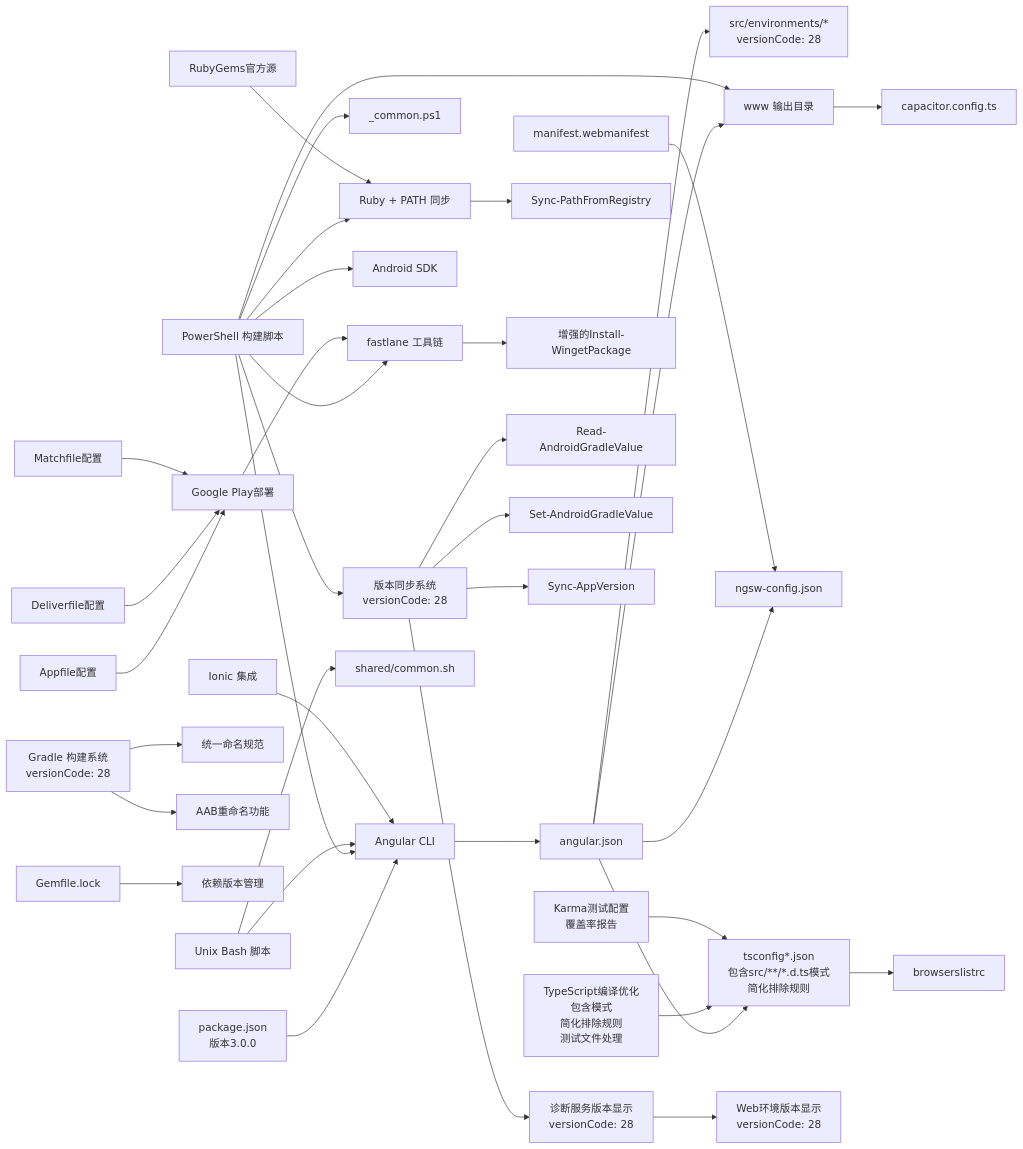
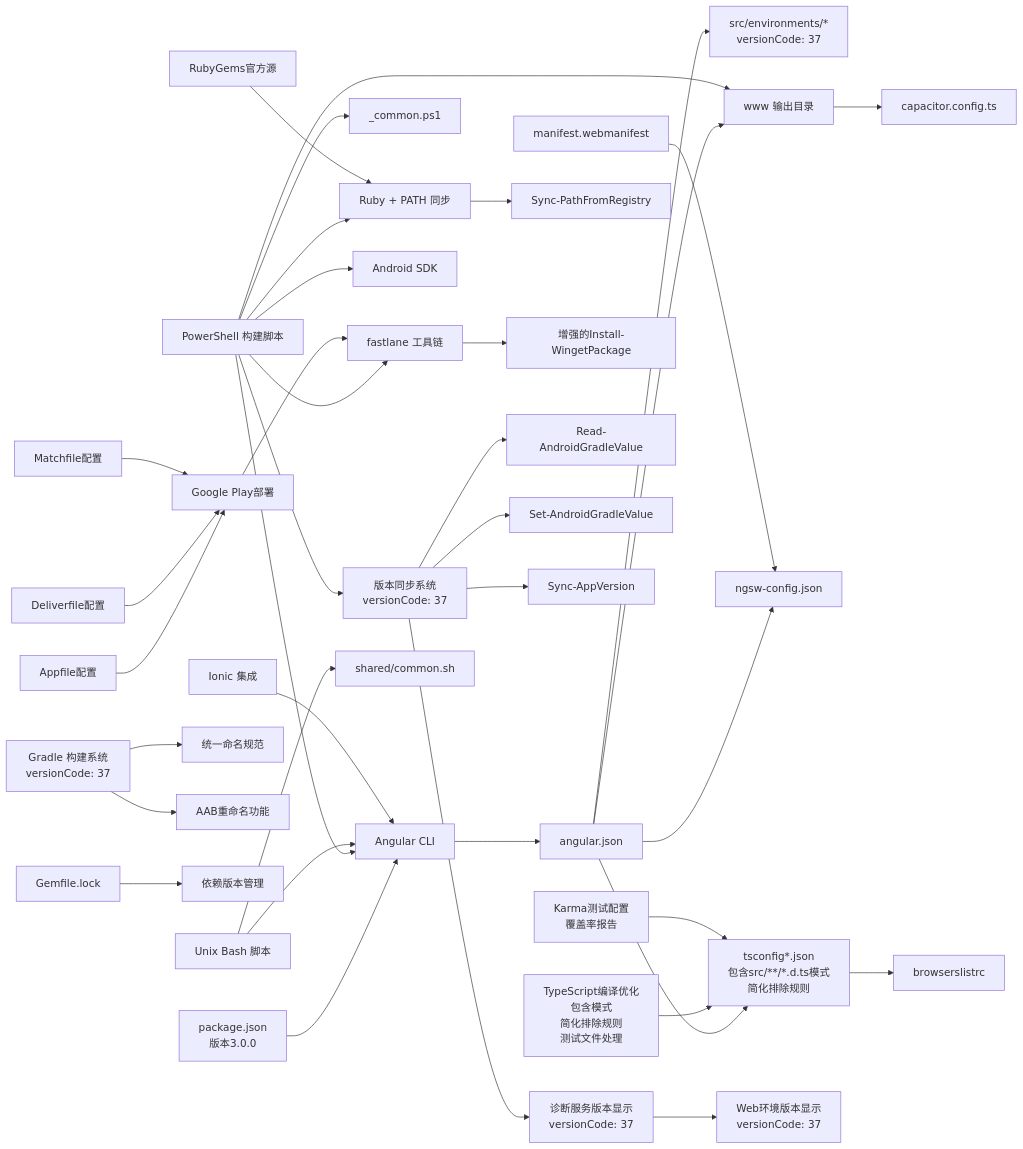
Before and after one commit to tea4go/Macro-Deck-Client-App: the sixth of 6 diagrams in .qoder/repowiki/zh/content/构建与部署/构建配置.md, drawn with Mermaid. The commit also changed other lines of this file and 39 other files, not shown here.

````diff
--- a/.qoder/repowiki/zh/content/构建与部署/构建配置.md
+++ b/.qoder/repowiki/zh/content/构建与部署/构建配置.md
@@ -1092,39 +1092,39 @@
 ```mermaid
 graph LR
 P["package.json<br/>版本3.0.0"] --> CLI["Angular CLI"]
 CLI --> CFG["angular.json"]
-CFG --> ENV["src/environments/*<br/>versionCode: 28"]
+CFG --> ENV["src/environments/*<br/>versionCode: 37"]
 CFG --> TS["tsconfig*.json<br/>包含src/**/*.d.ts模式<br/>简化排除规则"]
 TS --> BROWS["browserslistrc"]
 CFG --> SW["ngsw-config.json"]
 CFG --> WWW["www 输出目录"]
 WWW --> CAP["capacitor.config.ts"]
 PS["PowerShell 构建脚本"] --> CLI
 PS --> COMMON["_common.ps1"]
 PS --> WWW
 PS --> FASTLANE["fastlane 工具链"]
 PS --> ANDROID["Android SDK"]
 PS --> RUBY["Ruby + PATH 同步"]
-PS --> VERSIONSYNC["版本同步系统<br/>versionCode: 28"]
+PS --> VERSIONSYNC["版本同步系统<br/>versionCode: 37"]
 UNIX["Unix Bash 脚本"] --> COMMON2["shared/common.sh"]
 UNIX --> CLI
 MAN["manifest.webmanifest"] --> SW
 IONIC["Ionic 集成"] --> CLI
 RUBY --> SYNC["Sync-PathFromRegistry"]
 FASTLANE --> WINGET["增强的Install-WingetPackage"]
-GRADLE["Gradle 构建系统<br/>versionCode: 28"] --> NAMING["统一命名规范"]
+GRADLE["Gradle 构建系统<br/>versionCode: 37"] --> NAMING["统一命名规范"]
 GRADLE --> AABRENAME["AAB重命名功能"]
 GEMLOCK["Gemfile.lock"] --> DEPS["依赖版本管理"]
 PLAYSTORE["Google Play部署"] --> FASTLANE
 APPFILE["Appfile配置"] --> PLAYSTORE
 DELIVER["Deliverfile配置"] --> PLAYSTORE
 MATCH["Matchfile配置"] --> PLAYSTORE
 RUBYGEMS["RubyGems官方源"] --> RUBY
 VERSIONSYNC --> READGRADLE["Read-AndroidGradleValue"]
 VERSIONSYNC --> SETGRADLE["Set-AndroidGradleValue"]
 VERSIONSYNC --> SYNCAPP["Sync-AppVersion"]
-VERSIONSYNC --> DIAGNOSTIC["诊断服务版本显示<br/>versionCode: 28"]
-DIAGNOSTIC --> WEBENV["Web环境版本显示<br/>versionCode: 28"]
+VERSIONSYNC --> DIAGNOSTIC["诊断服务版本显示<br/>versionCode: 37"]
+DIAGNOSTIC --> WEBENV["Web环境版本显示<br/>versionCode: 37"]
 TSOPTIMIZATION["TypeScript编译优化<br/>包含模式<br/>简化排除规则<br/>测试文件处理"] --> TS
 KARMA["Karma测试配置<br/>覆盖率报告"] --> TS
 ```
````
